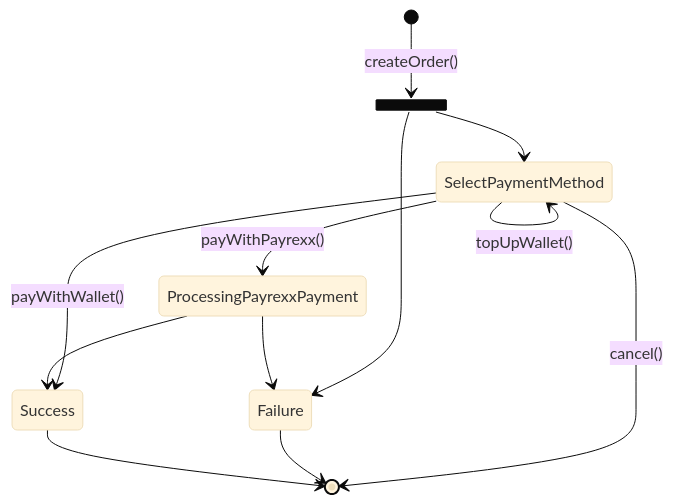
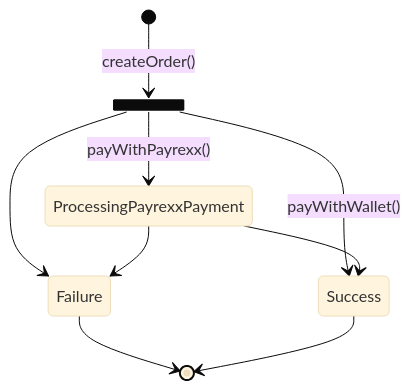
The diagram in doc/statechart-payment.md (quartier-depot/self-checkout), drawn with Mermaid (base theme) before and after one commit. The commit also changed 18 other files, not shown here.

````diff
--- a/doc/statechart-payment.md
+++ b/doc/statechart-payment.md
@@ -1,21 +1,17 @@
 ```mermaid
 
 stateDiagram
     state CreatingOrder <<fork>>
     
     [*] --> CreatingOrder: createOrder()
     
-    CreatingOrder --> SelectPaymentMethod
     CreatingOrder --> Failure
-    
-    SelectPaymentMethod --> SelectPaymentMethod: topUpWallet()
-    SelectPaymentMethod --> Success: payWithWallet()
-    SelectPaymentMethod --> ProcessingPayrexxPayment: payWithPayrexx()
-    SelectPaymentMethod --> [*]: cancel()
+    CreatingOrder --> Success: payWithWallet()
+    CreatingOrder --> ProcessingPayrexxPayment: payWithPayrexx()
 
     ProcessingPayrexxPayment --> Success
     ProcessingPayrexxPayment --> Failure
     
     Failure --> [*]
     Success --> [*]
 ```
````
